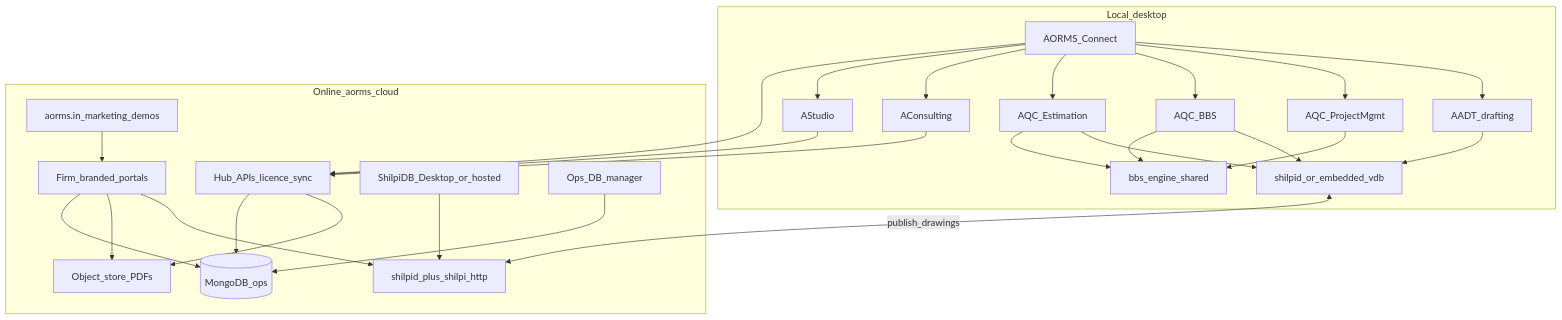
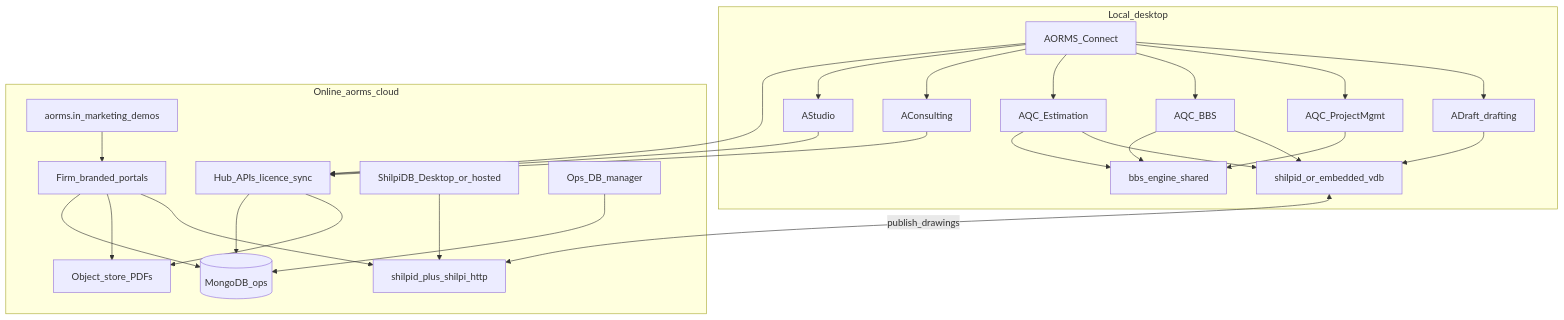
The diagram in docs/esti/AORMS-SUITE.md (HolagundiWorks/aorms), drawn with Mermaid before and after one commit. The commit also changed other lines of this file and 38 other files, not shown here.

````diff
--- a/docs/esti/AORMS-SUITE.md
+++ b/docs/esti/AORMS-SUITE.md
@@ -20,48 +20,48 @@
 ```mermaid
 flowchart TB
   subgraph local [Local_desktop]
     Conn[AORMS_Connect]
     AS[AStudio]
     AC[AConsulting]
     EST[AQC_Estimation]
     BBS[AQC_BBS]
     PM[AQC_ProjectMgmt]
-    AAD[AADT_drafting]
+    AAD[ADraft_drafting]
     Engine[bbs_engine_shared]
     ShilpiLocal[shilpid_or_embedded_vdb]
   end
   subgraph online [Online_aorms_cloud]
     Web[aorms.in_marketing_demos]
     Portal[Firm_branded_portals]
     HubAPI[Hub_APIs_licence_sync]
     Mongo[(MongoDB_ops)]
     ObjStore[Object_store_PDFs]
     ShilpiMgr[ShilpiDB_Desktop_or_hosted]
     ShilpiNet[shilpid_plus_shilpi_http]
     DbMgr[Ops_DB_manager]
   end
   Conn --> HubAPI
   Conn --> AS
   Conn --> AC
   Conn --> EST
   Conn --> BBS
   Conn --> PM
   Conn --> AAD
   AS --> HubAPI
   AC --> HubAPI
   EST --> Engine
   BBS --> Engine
   PM --> Engine
   AAD --> ShilpiLocal
   EST --> ShilpiLocal
   BBS --> ShilpiLocal
   HubAPI --> Mongo
   HubAPI --> ObjStore
   Portal --> Mongo
   Portal --> ObjStore
   Portal --> ShilpiNet
   DbMgr --> Mongo
   ShilpiMgr --> ShilpiNet
   ShilpiLocal <-->|publish_drawings| ShilpiNet
   Web --> Portal
 ```
````
